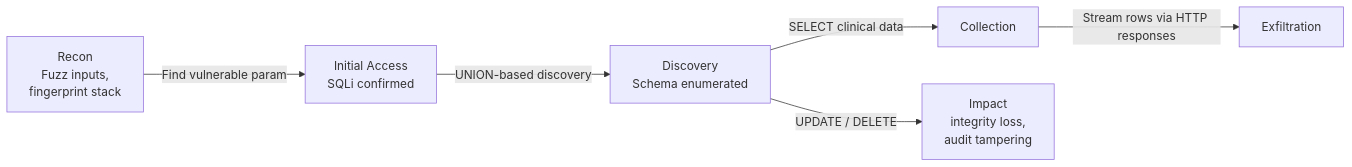
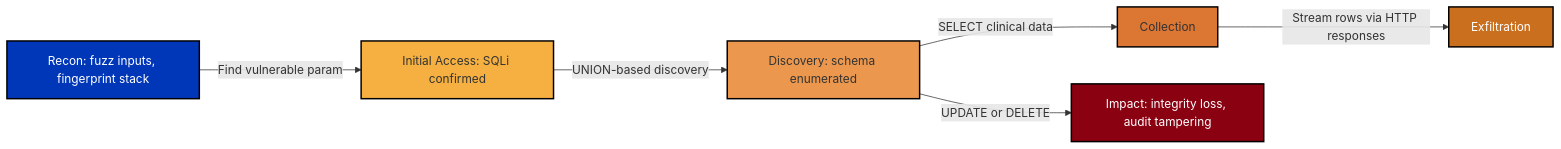
Before and after one commit to DhillanC/Thread-Modeling-DCS-CareConnect: the diagram in Attack Scenario 3/README.md, drawn with Mermaid. The commit also changed 10 other files, not shown here.

First line of the commit message:
fix: make all Mermaid diagrams compatible with GitHub/VSCode preview parser

````diff
--- a/Attack Scenario 3/README.md
+++ b/Attack Scenario 3/README.md
@@ -23,8 +23,15 @@
 ```mermaid
 flowchart LR
-    A[Recon<br/>Fuzz inputs,<br/>fingerprint stack] -->|Find vulnerable param| B[Initial Access<br/>SQLi confirmed]
-    B -->|UNION-based discovery| C[Discovery<br/>Schema enumerated]
-    C -->|SELECT clinical data| D[Collection]
-    D -->|Stream rows via HTTP responses| E[Exfiltration]
-    C -->|UPDATE / DELETE| F[Impact<br/>integrity loss,<br/>audit tampering]
+    style Recon fill:#0037b8,stroke:#000,stroke-width:2px,color:#fff
+    style InitialAccess fill:#F5B041,stroke:#000,stroke-width:2px
+    style Discovery fill:#EB984E,stroke:#000,stroke-width:2px
+    style Collection fill:#DC7633,stroke:#000,stroke-width:2px
+    style Exfiltration fill:#CA6F1E,stroke:#000,stroke-width:2px,color:#fff
+    style Impact fill:#8a0111,stroke:#000,stroke-width:2px,color:#fff
+
+    Recon[Recon: fuzz inputs, fingerprint stack] -->|Find vulnerable param| InitialAccess[Initial Access: SQLi confirmed]
+    InitialAccess -->|UNION-based discovery| Discovery[Discovery: schema enumerated]
+    Discovery -->|SELECT clinical data| Collection[Collection]
+    Collection -->|Stream rows via HTTP responses| Exfiltration[Exfiltration]
+    Discovery -->|UPDATE or DELETE| Impact[Impact: integrity loss, audit tampering]
 ```
````
